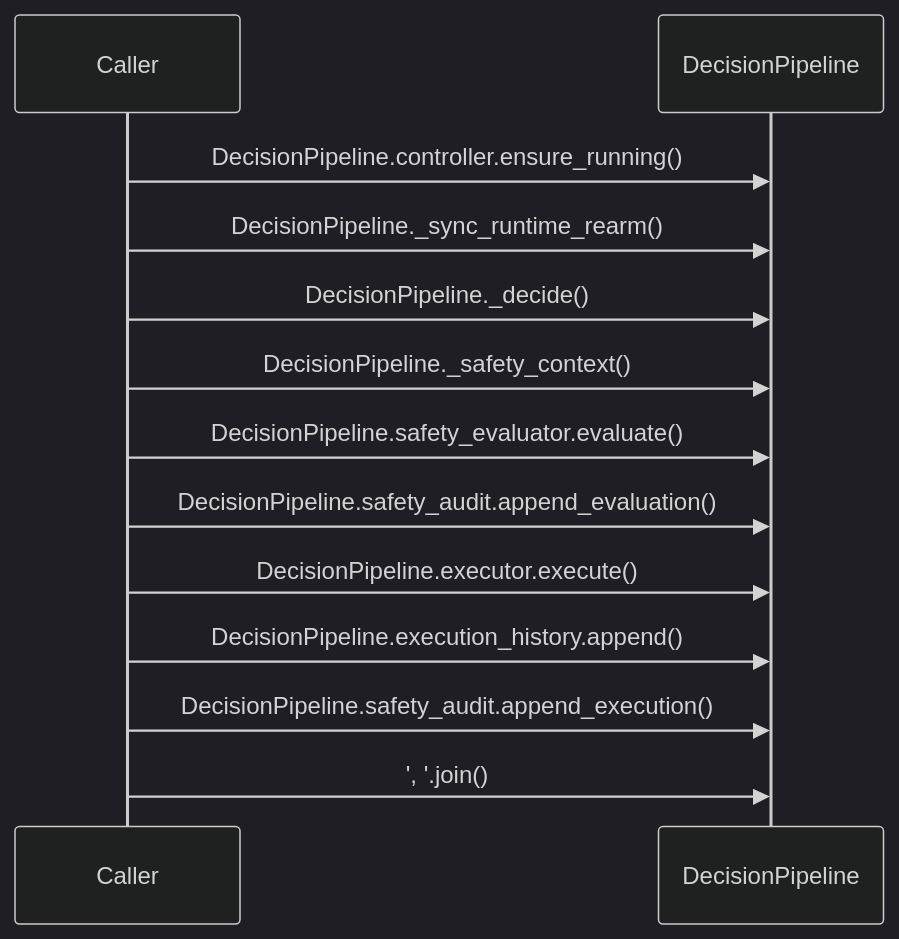
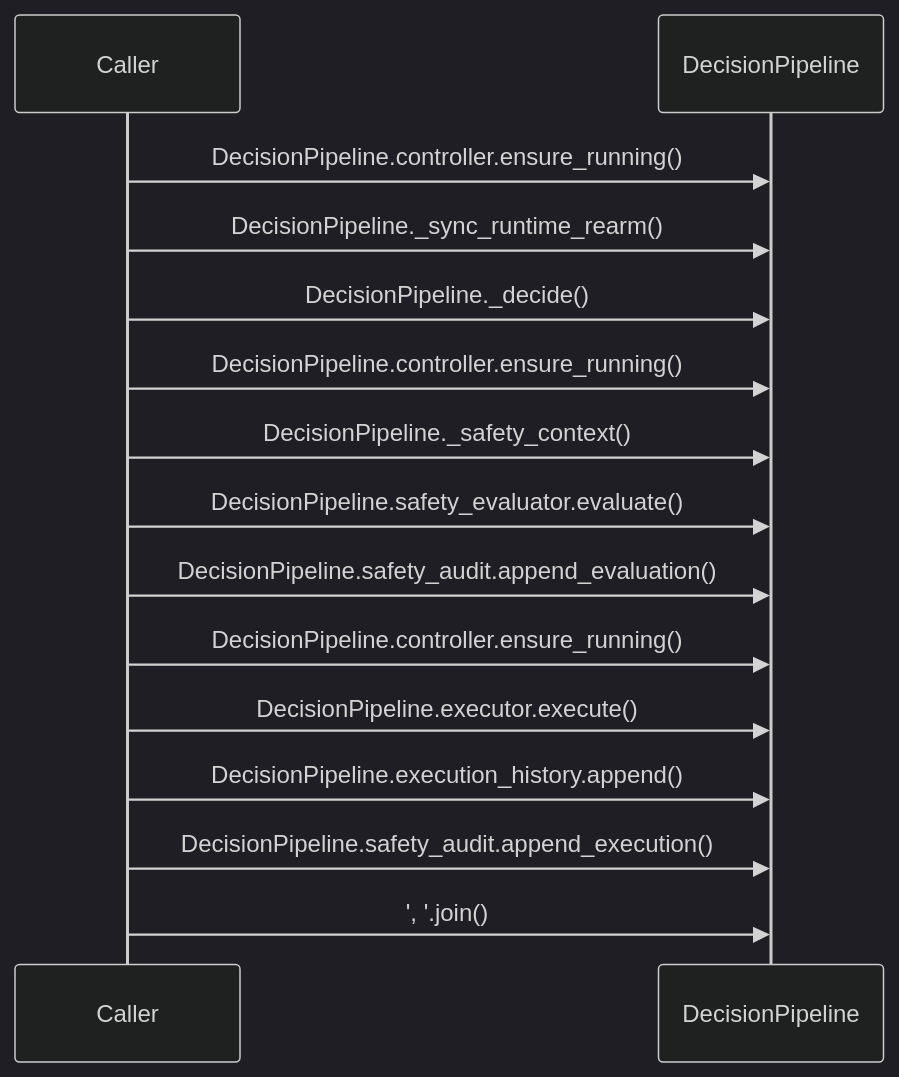
One commit to tomiya7688/AI_game_player changed the diagram in doc/sequence_diagram.mmd. Above: the diagram before and after it, drawn with Mermaid (dark theme). The commit also changed 9 other files, not shown here.

```diff
--- a/doc/sequence_diagram.mmd
+++ b/doc/sequence_diagram.mmd
@@ -1,13 +1,15 @@
 sequenceDiagram
     participant caller as Caller
     participant target as DecisionPipeline
     caller->>target: DecisionPipeline.controller.ensure_running()
     caller->>target: DecisionPipeline._sync_runtime_rearm()
     caller->>target: DecisionPipeline._decide()
+    caller->>target: DecisionPipeline.controller.ensure_running()
     caller->>target: DecisionPipeline._safety_context()
     caller->>target: DecisionPipeline.safety_evaluator.evaluate()
     caller->>target: DecisionPipeline.safety_audit.append_evaluation()
+    caller->>target: DecisionPipeline.controller.ensure_running()
     caller->>target: DecisionPipeline.executor.execute()
     caller->>target: DecisionPipeline.execution_history.append()
     caller->>target: DecisionPipeline.safety_audit.append_execution()
     caller->>target: ', '.join()
```
